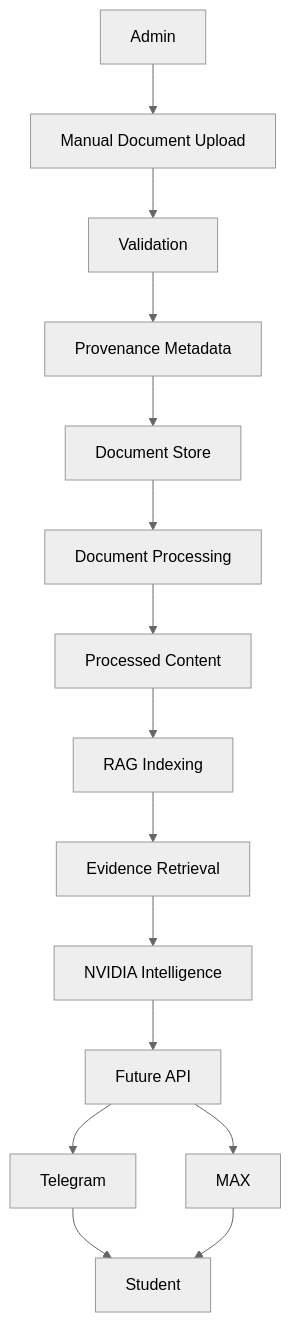
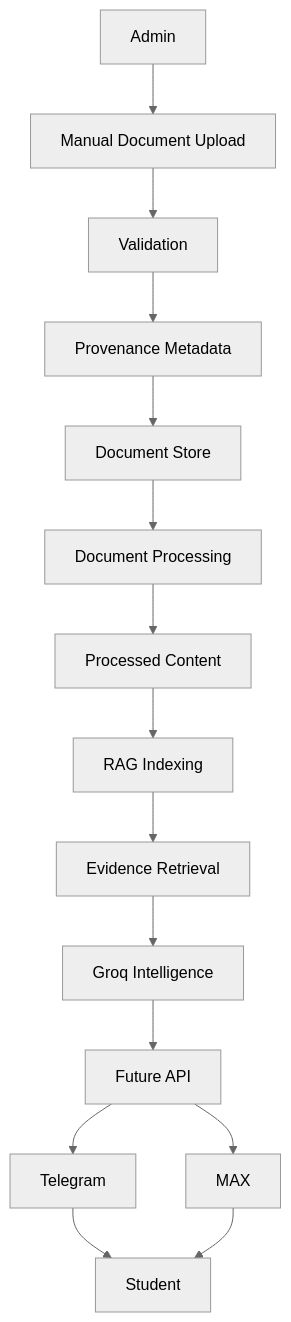
Before and after one commit to Luffy-me/Uniassist: the first of 3 diagrams in README.md, drawn with Mermaid (neutral theme). The commit also changed other lines of this file and 100 other files, not shown here.

````diff
--- a/README.md
+++ b/README.md
@@ -13,17 +13,17 @@
 ```mermaid
 flowchart TD
     Admin[Admin] --> Upload[Manual Document Upload]
     Upload --> Validation[Validation]
     Validation --> Provenance[Provenance Metadata]
     Provenance --> Store[Document Store]
     Store --> Processing[Document Processing]
     Processing --> ProcessedStore[Processed Content]
     ProcessedStore --> RAG[RAG Indexing]
     RAG --> Retrieval[Evidence Retrieval]
-    Retrieval --> FutureNVIDIA[NVIDIA Intelligence]
-    FutureNVIDIA --> FutureAPI[Future API]
+    Retrieval --> Groq[Groq Intelligence]
+    Groq --> FutureAPI[Future API]
     FutureAPI --> Telegram[Telegram]
     FutureAPI --> MAX[MAX]
     Telegram --> Student[Student]
     MAX --> Student
 ```
````
